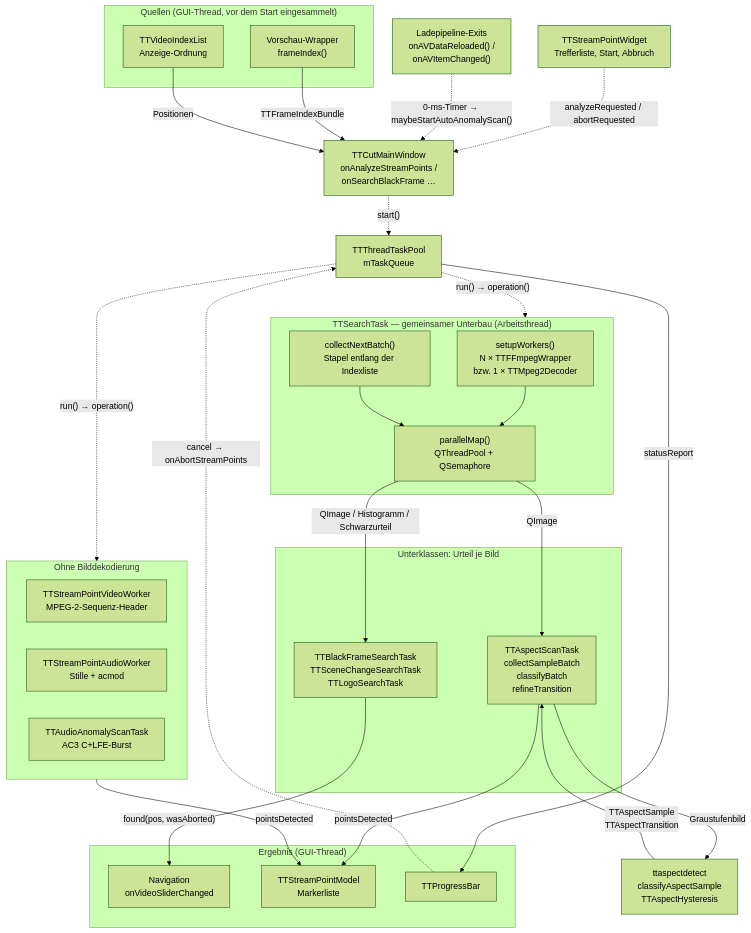
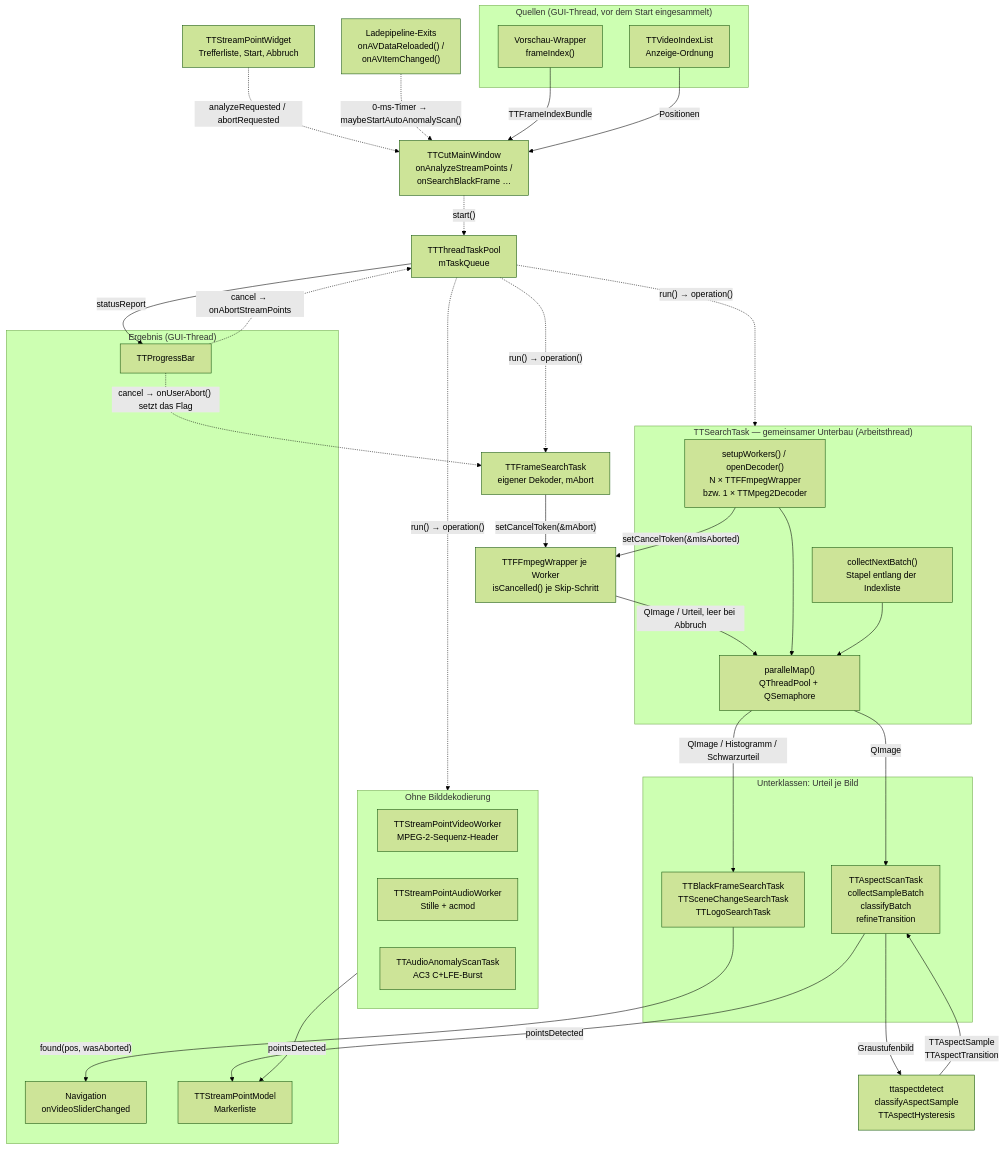
Before and after one commit to MINIXJR/TTCut-ng: the diagram in docs/code-map/detection-and-search.md, drawn with Mermaid (forest theme). The commit also changed other lines of this file and 2 other files, not shown here.

First line of the commit message:
Update detection-and-search.md with the cancel-token edge (roadmap step 2d)

````diff
--- a/docs/code-map/detection-and-search.md
+++ b/docs/code-map/detection-and-search.md
@@ -104,58 +106,66 @@
 ```mermaid
 flowchart TB
     subgraph SRC["Quellen (GUI-Thread, vor dem Start eingesammelt)"]
         PREV["Vorschau-Wrapper<br/>frameIndex()"]
         IDX["TTVideoIndexList<br/>Anzeige-Ordnung"]
     end
 
     LOADEXIT["Ladepipeline-Exits<br/>onAVDataReloaded() /<br/>onAVItemChanged()"]
     MW["TTCutMainWindow<br/>onAnalyzeStreamPoints /<br/>onSearchBlackFrame …"]
     WIDGET["TTStreamPointWidget<br/>Trefferliste, Start, Abbruch"]
     POOLQ["TTThreadTaskPool<br/>mTaskQueue"]
 
     subgraph BASE["TTSearchTask — gemeinsamer Unterbau (Arbeitsthread)"]
-        SETUP["setupWorkers()<br/>N × TTFFmpegWrapper<br/>bzw. 1 × TTMpeg2Decoder"]
+        SETUP["setupWorkers() / openDecoder()<br/>N × TTFFmpegWrapper<br/>bzw. 1 × TTMpeg2Decoder"]
         BATCH["collectNextBatch()<br/>Stapel entlang der Indexliste"]
         PMAP["parallelMap()<br/>QThreadPool + QSemaphore"]
     end
+
+    WRAP["TTFFmpegWrapper je Worker<br/>isCancelled() je Skip-Schritt"]
+    FSEARCH["TTFrameSearchTask<br/>eigener Dekoder, mAbort"]
 
     subgraph TASKS["Unterklassen: Urteil je Bild"]
         DIRT["TTBlackFrameSearchTask<br/>TTSceneChangeSearchTask<br/>TTLogoSearchTask"]
         ASPECT["TTAspectScanTask<br/>collectSampleBatch<br/>classifyBatch<br/>refineTransition"]
     end
 
     PURE["ttaspectdetect<br/>classifyAspectSample<br/>TTAspectHysteresis"]
 
     subgraph NODEC["Ohne Bilddekodierung"]
         VWORK["TTStreamPointVideoWorker<br/>MPEG-2-Sequenz-Header"]
         AWORK["TTStreamPointAudioWorker<br/>Stille + acmod"]
         ANOMALY["TTAudioAnomalyScanTask<br/>AC3 C+LFE-Burst"]
     end
 
     subgraph OUT["Ergebnis (GUI-Thread)"]
         NAV["Navigation<br/>onVideoSliderChanged"]
         MODEL["TTStreamPointModel<br/>Markerliste"]
         BAR["TTProgressBar"]
     end
 
     WIDGET -. "analyzeRequested / abortRequested" .-> MW
     LOADEXIT -. "0-ms-Timer → maybeStartAutoAnomalyScan()" .-> MW
     PREV -- "TTFrameIndexBundle" --> MW
     IDX -- "Positionen" --> MW
     MW -. "start()" .-> POOLQ
     POOLQ -. "run() → operation()" .-> BASE
     POOLQ -. "run() → operation()" .-> NODEC
 
+    SETUP -- "setCancelToken(&amp;mIsAborted)" --> WRAP
+    FSEARCH -- "setCancelToken(&amp;mAbort)" --> WRAP
+    POOLQ -. "run() → operation()" .-> FSEARCH
+    BAR -. "cancel → onUserAbort() setzt das Flag" .-> FSEARCH
+    WRAP -- "QImage / Urteil, leer bei Abbruch" --> PMAP
     SETUP --> PMAP
     BATCH --> PMAP
     PMAP -- "QImage / Histogramm / Schwarzurteil" --> DIRT
     PMAP -- "QImage" --> ASPECT
     ASPECT -- "Graustufenbild" --> PURE
     PURE -- "TTAspectSample<br/>TTAspectTransition" --> ASPECT
 
     DIRT -- "found(pos, wasAborted)" --> NAV
     ASPECT -- "pointsDetected" --> MODEL
     NODEC -- "pointsDetected" --> MODEL
     POOLQ -- "statusReport" --> BAR
     BAR -. "cancel → onAbortStreamPoints" .-> POOLQ
 ```
````
